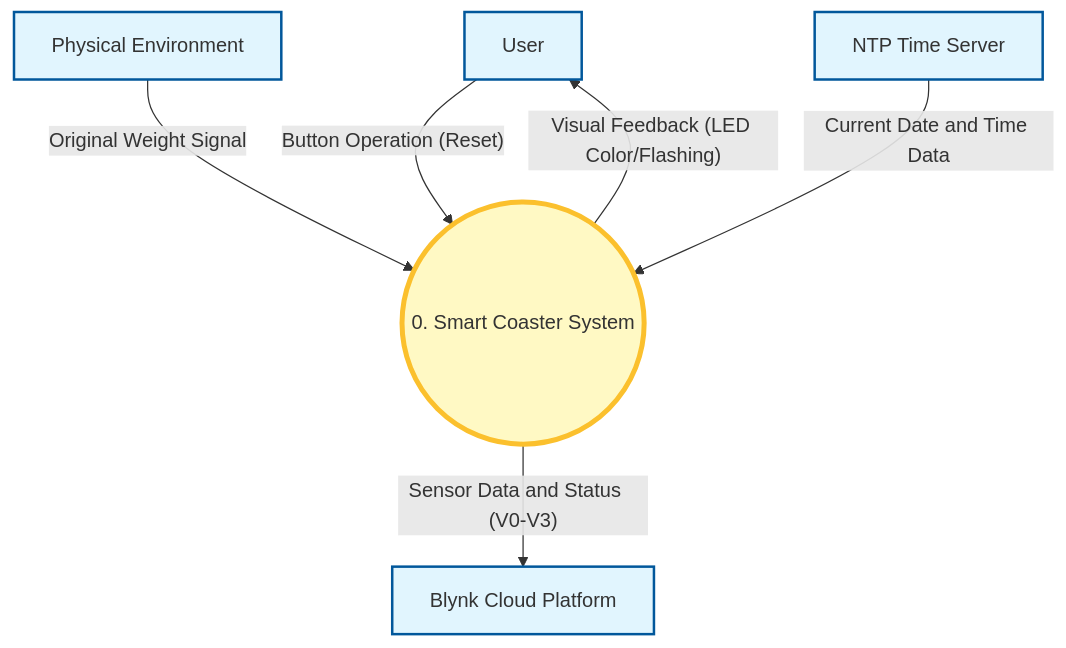
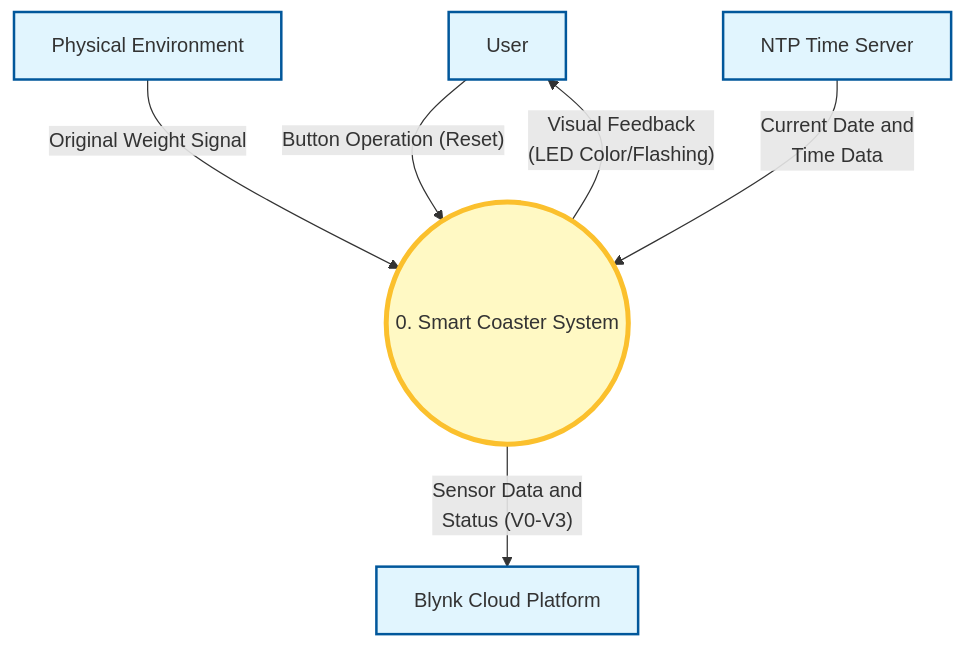
The first of 2 diagrams in README.md (hyuuw/iiot), drawn with Mermaid before and after one commit. The commit also changed other lines of this file, not shown here.

````diff
--- a/README.md
+++ b/README.md
@@ -61,23 +61,23 @@
 ```mermaid
 graph TD
     %% 定義樣式
     classDef entity fill:#e1f5fe,stroke:#01579b,stroke-width:2px;
     classDef process fill:#fff9c4,stroke:#fbc02d,stroke-width:4px,rx:50,ry:50;
 
     %% 外部實體
     User[User]:::entity
     Env[Physical Environment]:::entity
     Cloud[Blynk Cloud Platform]:::entity
     NTP[NTP Time Server]:::entity
 
     %% 中心過程
     System(( 0. Smart Coaster System)):::process
 
     %% 資料流
     Env -- "Original Weight Signal" --> System
     User -- "Button Operation (Reset)" --> System
-    NTP -- "Current Date and Time Data" --> System
+    NTP -- "Current Date and<br/>Time Data" --> System
 
-    System -- "Visual Feedback (LED Color/Flashing)" --> User
-    System -- "Sensor Data and Status   (V0-V3)" --> Cloud
+    System -- "Visual Feedback<br/>(LED Color/Flashing)" --> User
+    System -- "Sensor Data and<br/>Status (V0-V3)" --> Cloud
 ```
````
